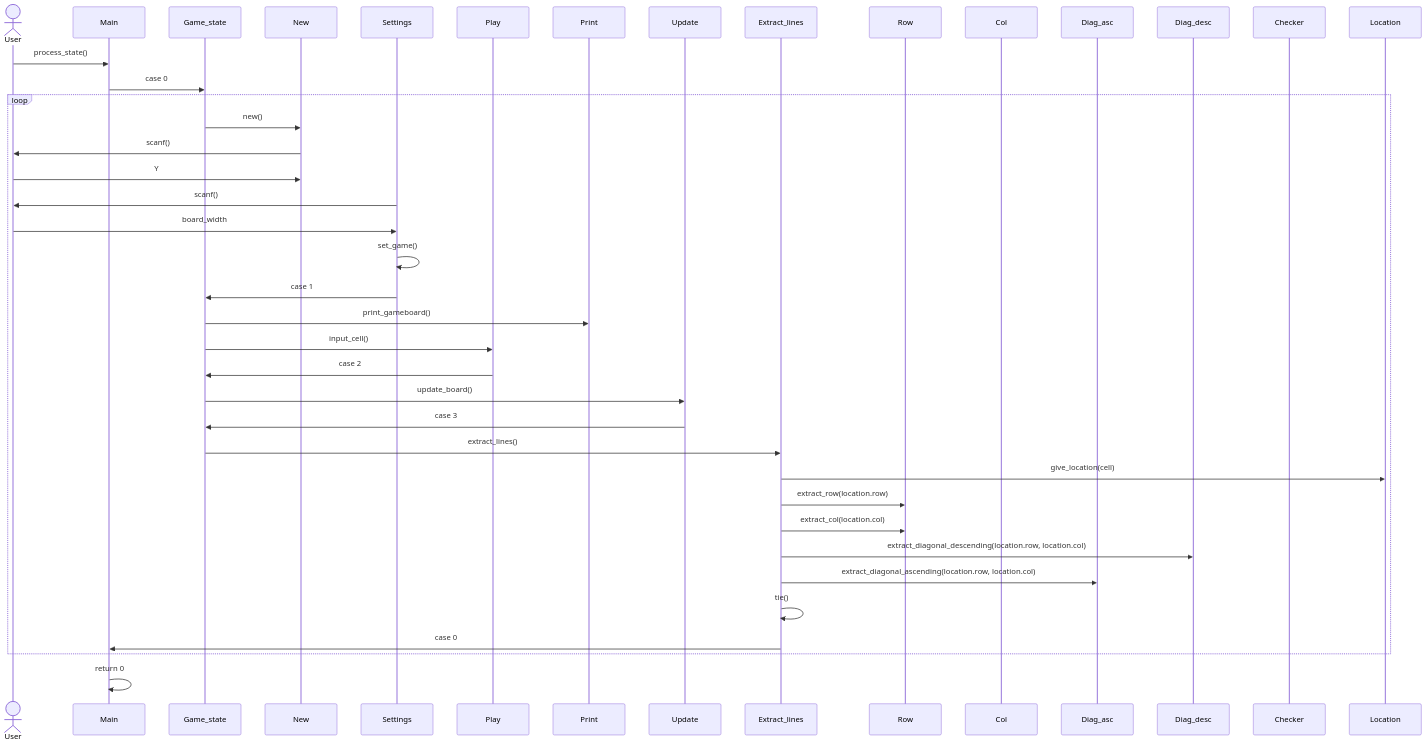
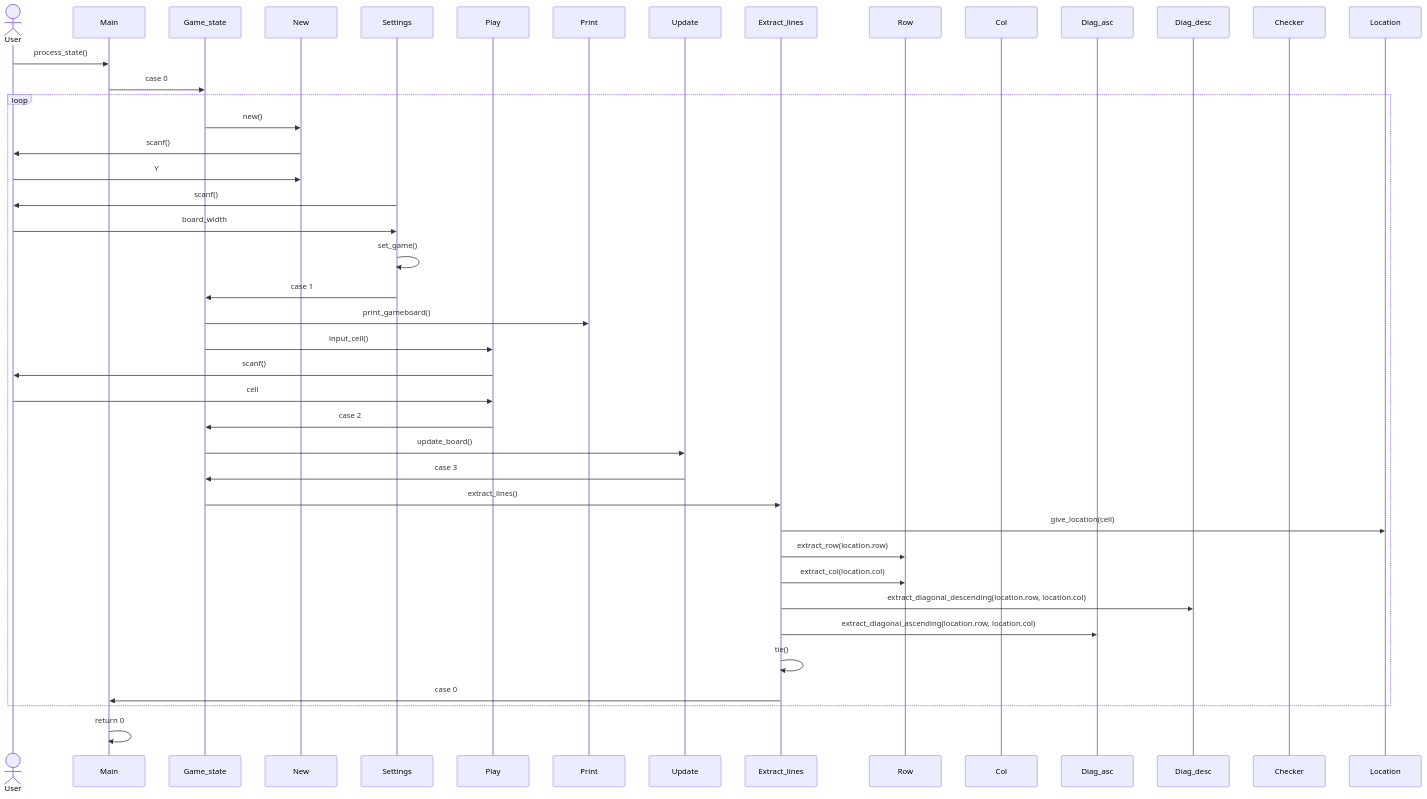
Before and after one commit to mcpaulafi/ctictactoe: the second of 2 diagrams in docs/architecture.md, drawn with Mermaid.

Commit message:
Added cell input to process

````diff
--- a/docs/architecture.md
+++ b/docs/architecture.md
@@ -19,46 +19,48 @@
 ```mermaid
 sequenceDiagram
     actor User
     participant Main
     participant Game_state
     participant New
     participant Settings
     participant Play
     participant Print
     participant Update
     participant Extract_lines
     participant Row
     participant Col
     participant Diag_asc
     participant Diag_desc
     participant Checker
     participant Location
 
     User->> Main: process_state()
     Main->>Game_state: case 0
     loop
         Game_state ->> New: new() 
         New ->> User: scanf()
         User ->> New: Y
         Settings ->> User: scanf()
         User ->> Settings: board_width
         Settings ->> Settings: set_game()
         Settings ->> Game_state: case 1
         Game_state ->> Print: print_gameboard()
         Game_state ->> Play: input_cell()
+        Play ->> User: scanf()
+        User ->> Play: cell
         Play ->> Game_state: case 2
         Game_state ->> Update: update_board()
         Update ->> Game_state: case 3
         Game_state ->> Extract_lines: extract_lines()
         Extract_lines ->> Location: give_location(cell)
         Extract_lines ->> Row: extract_row(location.row)
         Extract_lines ->> Row: extract_col(location.col)
         Extract_lines ->> Diag_desc: extract_diagonal_descending(location.row, location.col)
         Extract_lines ->> Diag_asc: extract_diagonal_ascending(location.row, location.col)
         Extract_lines ->> Extract_lines: tie()
         Extract_lines ->> Main: case 0
     end
 
     Main->>Main: return 0
 
 ```
````
